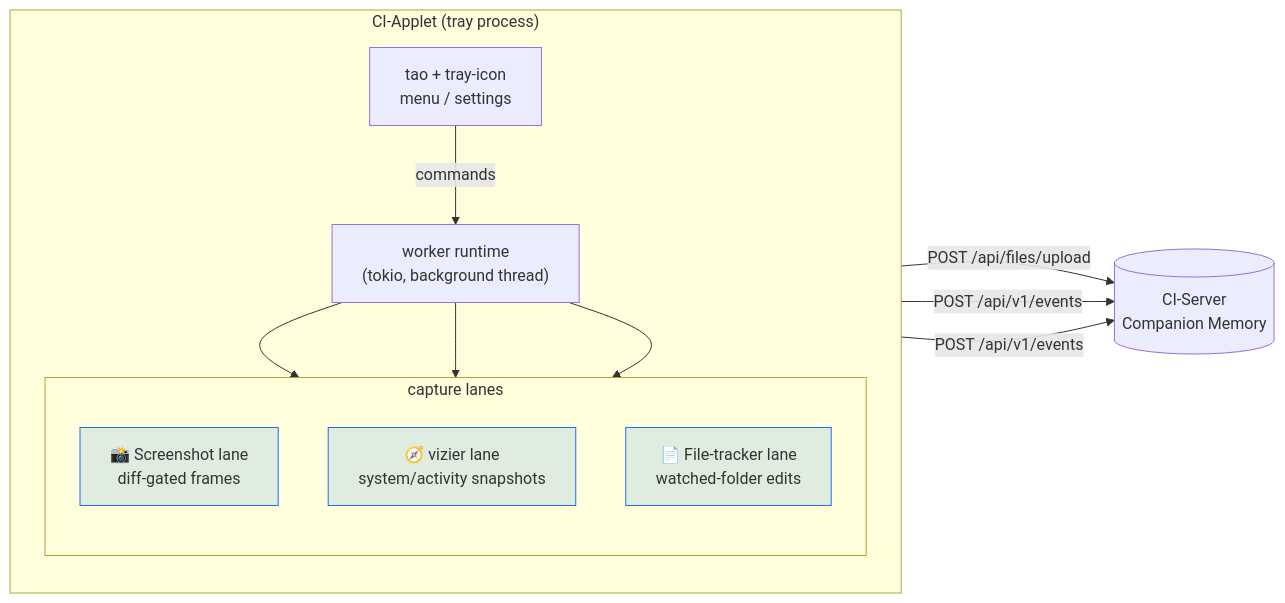
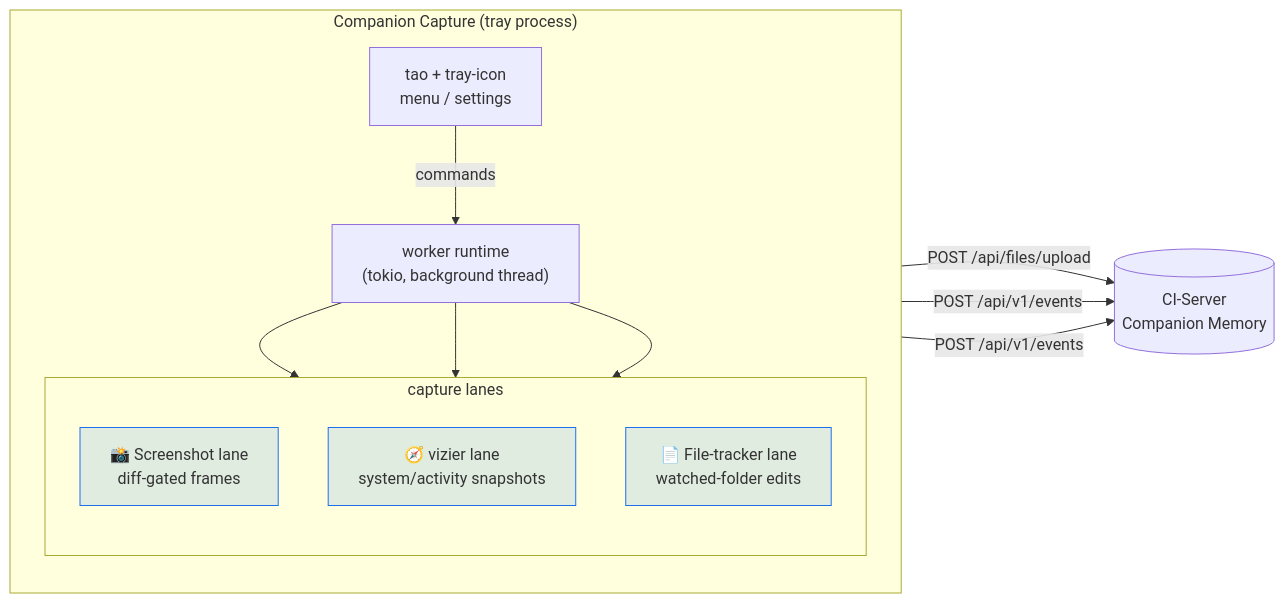
The first of 6 diagrams in docs/architecture.md (companionintelligence/CI-Capture), drawn with Mermaid before and after one commit. The commit also changed other lines of this file and 21 other files, not shown here.

````diff
--- a/docs/architecture.md
+++ b/docs/architecture.md
@@ -17,25 +17,25 @@
 ```mermaid
 flowchart LR
-    subgraph Applet["CI-Applet (tray process)"]
+    subgraph Applet["Companion Capture (tray process)"]
         direction TB
         TRAY["tao + tray-icon<br/>menu / settings"]
         WORKER["worker runtime<br/>(tokio, background thread)"]
         TRAY -- commands --> WORKER
         subgraph Lanes["capture lanes"]
             direction TB
             SHOT["📸 Screenshot lane<br/>diff-gated frames"]
             VIZ["🧭 vizier lane<br/>system/activity snapshots"]
             FILE["📄 File-tracker lane<br/>watched-folder edits"]
         end
         WORKER --> SHOT & VIZ & FILE
     end
 
     SHOT  -->|"POST /api/files/upload"| CI
     VIZ   -->|"POST /api/v1/events"| CI
     FILE  -->|"POST /api/v1/events"| CI
 
     CI[("CI-Server<br/>Companion Memory")]
 
     classDef lane fill:#1f6feb22,stroke:#1f6feb;
     class SHOT,VIZ,FILE lane;
 ```
````
